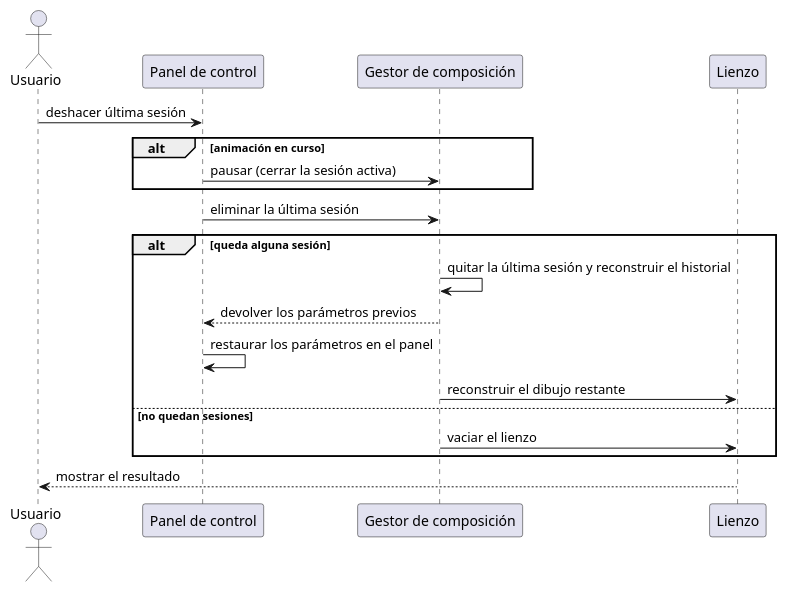
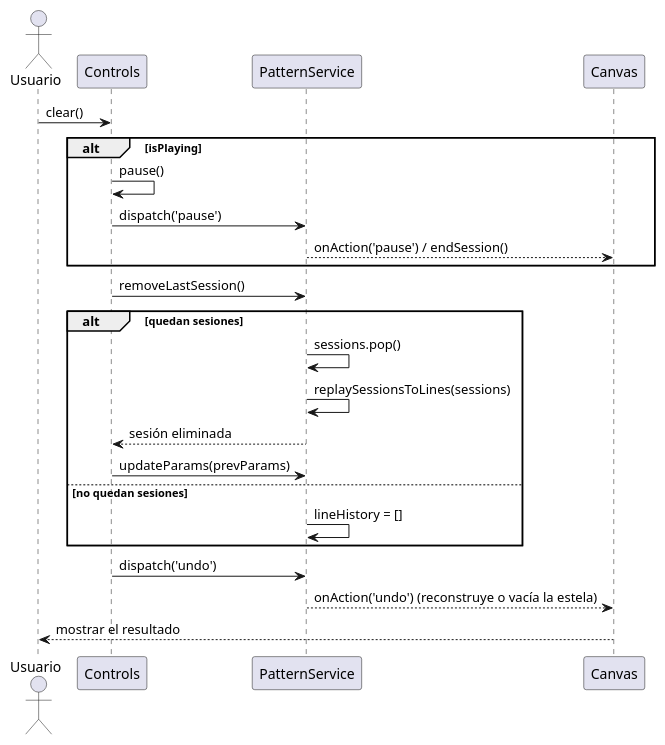
Before and after one commit to IgnacioMol/Epicycloid_generator: the second of 5 diagrams in claude/memoria-cap5-diseno.md, drawn with PlantUML. The commit also changed other lines of this file and 1 other file, not shown here.

````diff
--- a/claude/memoria-cap5-diseno.md
+++ b/claude/memoria-cap5-diseno.md
@@ -144,27 +147,31 @@
 ```plantuml
 @startuml SecDeshacerSesion
 actor Usuario
-participant "Panel de control" as PC
-participant "Gestor de composición" as GC
-participant "Lienzo" as L
+participant "Controls" as C
+participant "PatternService" as PS
+participant "Canvas" as CV
 
-Usuario -> PC : deshacer última sesión
+Usuario -> C : clear()
 
-alt animación en curso
-  PC -> GC : pausar (cerrar la sesión activa)
+alt isPlaying
+  C -> C : pause()
+  C -> PS : dispatch('pause')
+  PS --> CV : onAction('pause') / endSession()
 end
 
-PC -> GC : eliminar la última sesión
+C -> PS : removeLastSession()
 
-alt queda alguna sesión
-  GC -> GC : quitar la última sesión y reconstruir el historial
-  GC --> PC : devolver los parámetros previos
-  PC -> PC : restaurar los parámetros en el panel
-  GC -> L : reconstruir el dibujo restante
+alt quedan sesiones
+  PS -> PS : sessions.pop()
+  PS -> PS : replaySessionsToLines(sessions)
+  PS --> C : sesión eliminada
+  C -> PS : updateParams(prevParams)
 else no quedan sesiones
-  GC -> L : vaciar el lienzo
+  PS -> PS : lineHistory = []
 end
 
-L --> Usuario : mostrar el resultado
+C -> PS : dispatch('undo')
+PS --> CV : onAction('undo') (reconstruye o vacía la estela)
+CV --> Usuario : mostrar el resultado
 @enduml
 ```
````
